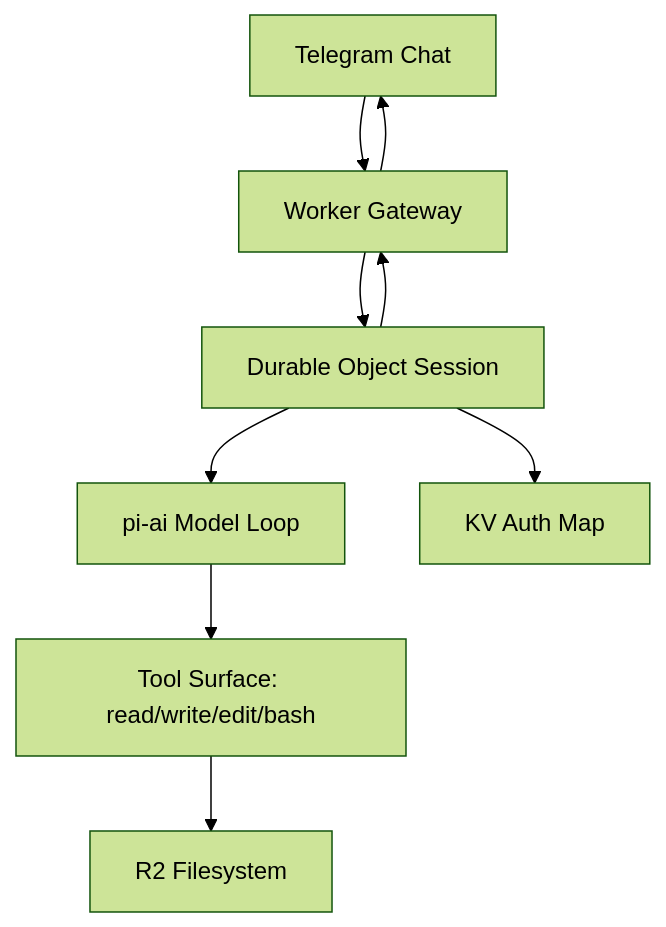
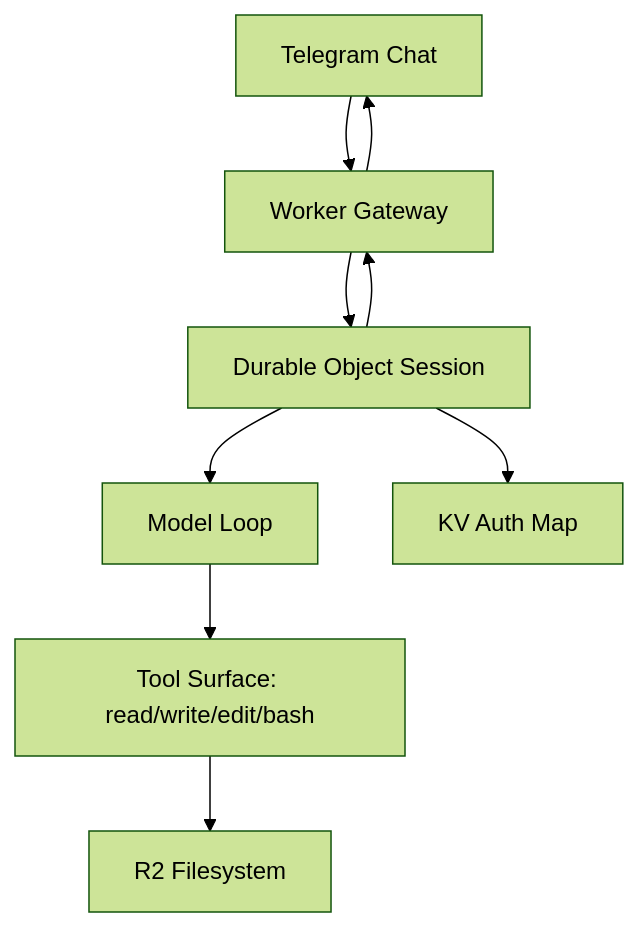
Before and after one commit to drevantonder/dreclaw: the diagram in README.md, drawn with Mermaid (forest theme). The commit also changed other lines of this file and 6 other files, not shown here.

````diff
--- a/README.md
+++ b/README.md
@@ -18,10 +18,10 @@
 ```mermaid
 flowchart TD
   U[Telegram Chat] --> W[Worker Gateway]
   W --> DO[Durable Object Session]
-  DO --> M[pi-ai Model Loop]
+  DO --> M[Model Loop]
   M --> T[Tool Surface: read/write/edit/bash]
   T --> FS[R2 Filesystem]
   DO --> KV[KV Auth Map]
   DO --> W --> U
 ```
````
